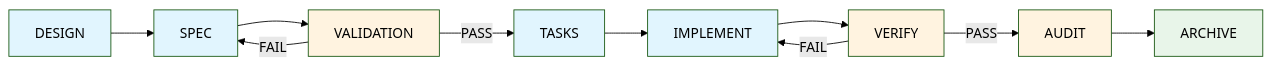
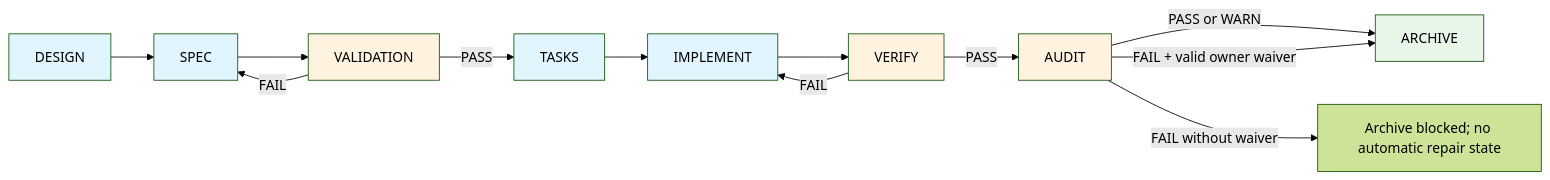
The first of 6 diagrams in docs/SDD_PIPELINE_VISUAL.md (magronxo/sdd-framework), drawn with Mermaid (forest theme) before and after one commit. The commit also changed other lines of this file and 30 other files, not shown here.

````diff
--- a/docs/SDD_PIPELINE_VISUAL.md
+++ b/docs/SDD_PIPELINE_VISUAL.md
@@ -18,21 +18,23 @@
 ```mermaid
 flowchart LR
     D[DESIGN] --> S[SPEC]
     S --> V[VALIDATION]
     V -->|PASS| T[TASKS]
     V -->|FAIL| S
     T --> I[IMPLEMENT]
     I --> VE[VERIFY]
     VE -->|PASS| A[AUDIT]
     VE -->|FAIL| I
-    A --> AR[ARCHIVE]
+    A -->|PASS or WARN| AR[ARCHIVE]
+    A -->|FAIL + valid owner waiver| AR
+    A -->|FAIL without waiver| AB[Archive blocked; no automatic repair state]
 
     style D fill:#e1f5fe
     style S fill:#e1f5fe
     style V fill:#fff3e0
     style T fill:#e1f5fe
     style I fill:#e1f5fe
     style VE fill:#fff3e0
     style A fill:#fff3e0
     style AR fill:#e8f5e9
 ```
````
